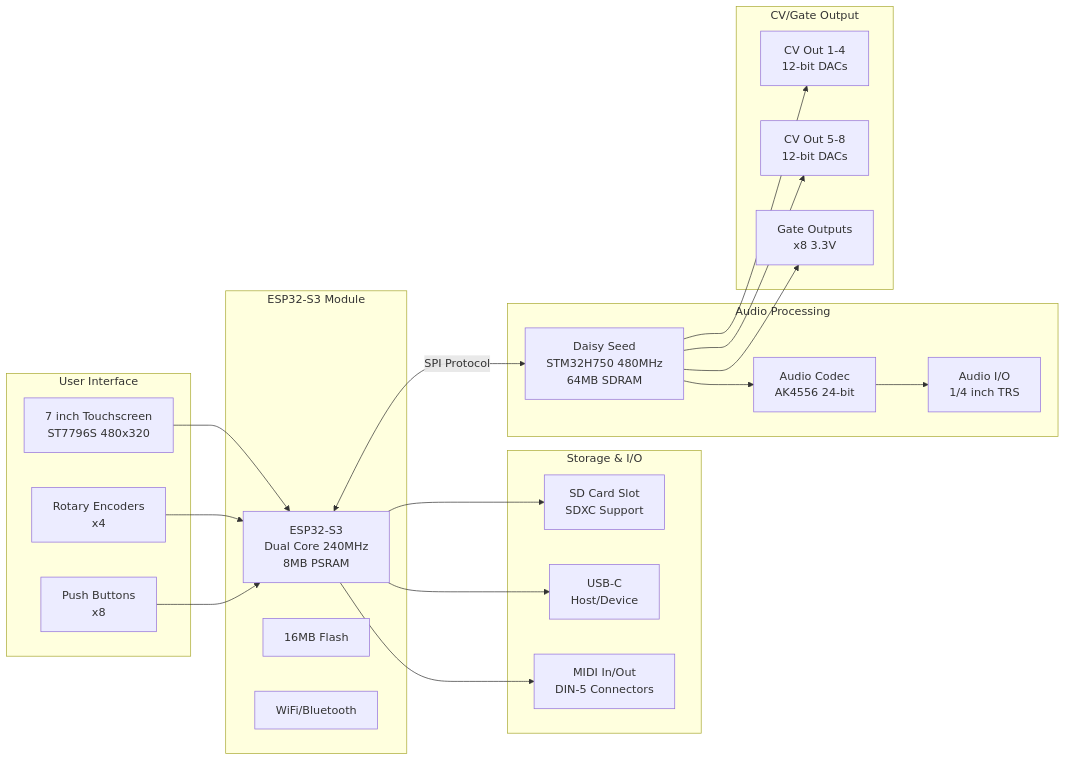
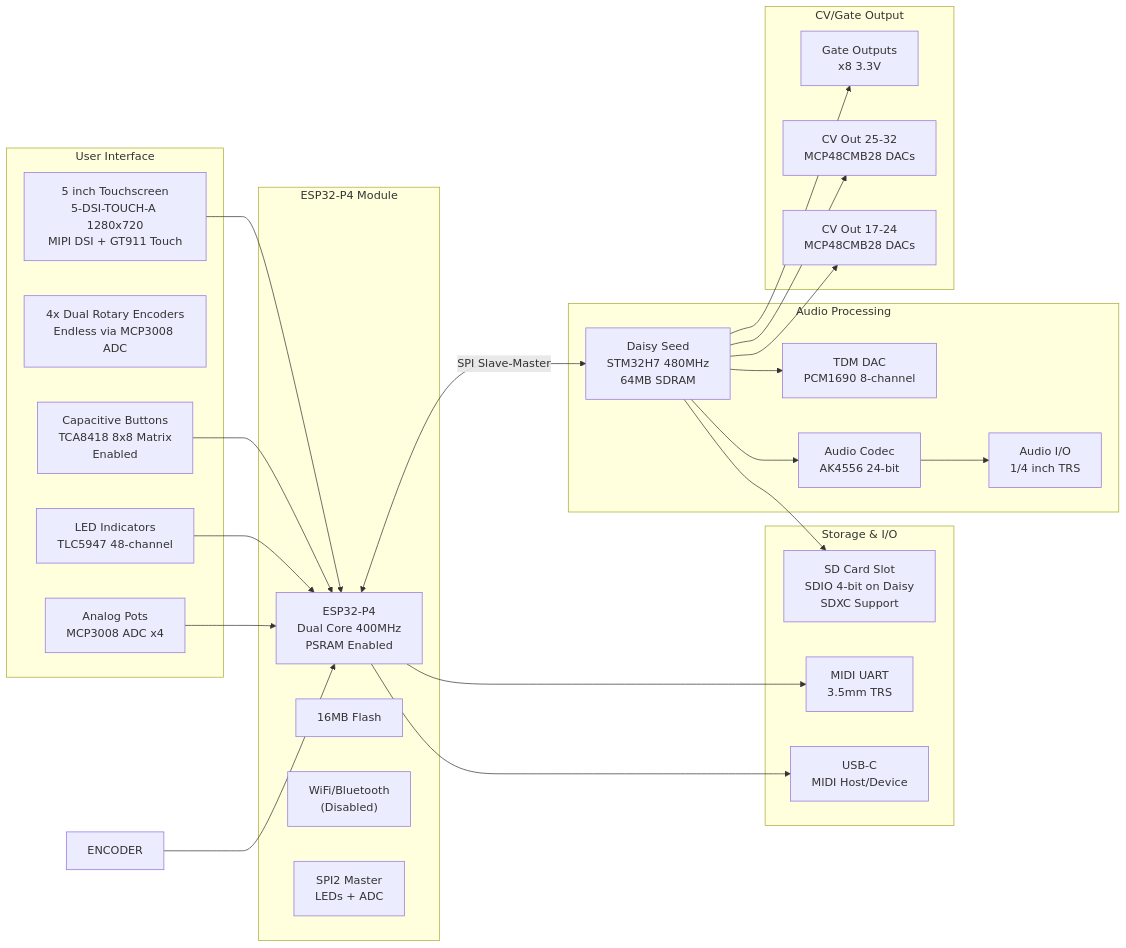
Before and after one commit to pmorgantech/WaveX: the second of 7 diagrams in docs/system-architecture.md, drawn with Mermaid. The commit also changed other lines of this file and 44 other files, not shown here.

````diff
--- a/docs/system-architecture.md
+++ b/docs/system-architecture.md
@@ -67,45 +71,54 @@
 ```mermaid
 graph LR
     subgraph "User Interface"
-        TOUCH["7 inch Touchscreen<br/>ST7796S 480x320"]
-        ENCODER["Rotary Encoders<br/>x4"]
-        BUTTONS["Push Buttons<br/>x8"]
+        TOUCH["5 inch Touchscreen<br/>5-DSI-TOUCH-A 1280x720<br/>MIPI DSI + GT911 Touch"]
+        ENCODERS["4x Dual Rotary Encoders<br/>Endless via MCP3008 ADC"]
+        BUTTONS["Capacitive Buttons<br/>TCA8418 8x8 Matrix<br/>Enabled"]
+        LEDS["LED Indicators<br/>TLC5947 48-channel"]
+        POTS["Analog Pots<br/>MCP3008 ADC x4"]
     end
-    
-    subgraph "ESP32-S3 Module"
-        ESP32["ESP32-S3<br/>Dual Core 240MHz<br/>8MB PSRAM"]
+
+    subgraph "ESP32-P4 Module"
+        ESP32["ESP32-P4<br/>Dual Core 400MHz<br/>PSRAM Enabled"]
         FLASH["16MB Flash"]
-        WIFI["WiFi/Bluetooth"]
+        WIFI["WiFi/Bluetooth<br/>(Disabled)"]
+        SPI2["SPI2 Master<br/>LEDs + ADC"]
     end
-    
+
     subgraph "Storage & I/O"
-        SD["SD Card Slot<br/>SDXC Support"]
-        USB["USB-C<br/>Host/Device"]
-        MIDI_IO["MIDI In/Out<br/>DIN-5 Connectors"]
+        SD["SD Card Slot<br/>SDIO 4-bit on Daisy<br/>SDXC Support"]
+        USB["USB-C<br/>MIDI Host/Device"]
+        MIDI_IO["MIDI UART<br/>3.5mm TRS"]
     end
-    
+
     subgraph "Audio Processing"
-        DAISY["Daisy Seed<br/>STM32H750 480MHz<br/>64MB SDRAM"]
+        DAISY["Daisy Seed<br/>STM32H7 480MHz<br/>64MB SDRAM"]
         CODEC["Audio Codec<br/>AK4556 24-bit"]
         AUDIO_IO["Audio I/O<br/>1/4 inch TRS"]
+        TDM_DAC["TDM DAC<br/>PCM1690 8-channel"]
     end
-    
+
     subgraph "CV/Gate Output"
-        DAC1["CV Out 1-4<br/>12-bit DACs"]
-        DAC2["CV Out 5-8<br/>12-bit DACs"]
+        DAC1["CV Out 1-8<br/>MCP48CMB28 DACs"]
+        DAC2["CV Out 9-16<br/>MCP48CMB28 DACs"]
+        DAC1["CV Out 17-24<br/>MCP48CMB28 DACs"]
+        DAC2["CV Out 25-32<br/>MCP48CMB28 DACs"]
         GATE["Gate Outputs<br/>x8 3.3V"]
     end
     
     TOUCH --> ESP32
     ENCODER --> ESP32
     BUTTONS --> ESP32
-    ESP32 --> SD
+    LEDS --> ESP32
+    POTS --> ESP32
     ESP32 --> USB
     ESP32 --> MIDI_IO
-    ESP32 <-->|SPI Protocol| DAISY
+    ESP32 <-->|SPI Slave-Master| DAISY
+    DAISY --> SD
     DAISY --> CODEC
     CODEC --> AUDIO_IO
+    DAISY --> TDM_DAC
     DAISY --> DAC1
     DAISY --> DAC2
     DAISY --> GATE
 ```
````
